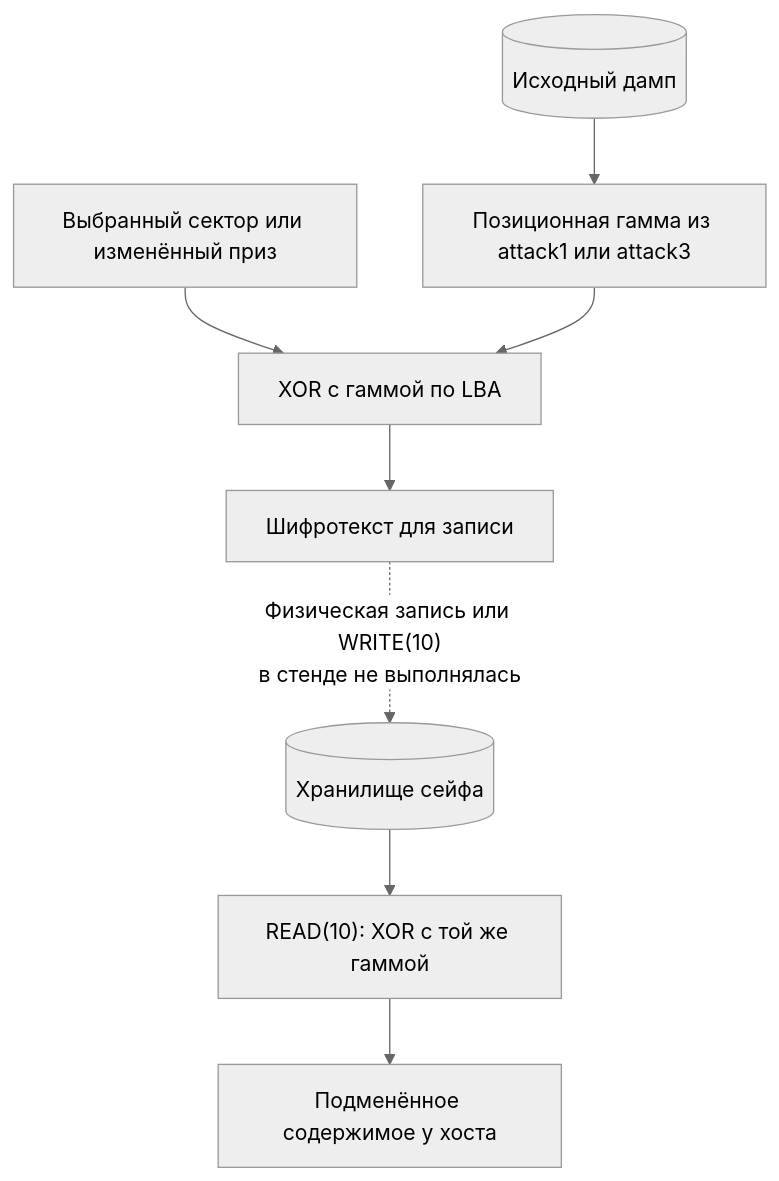
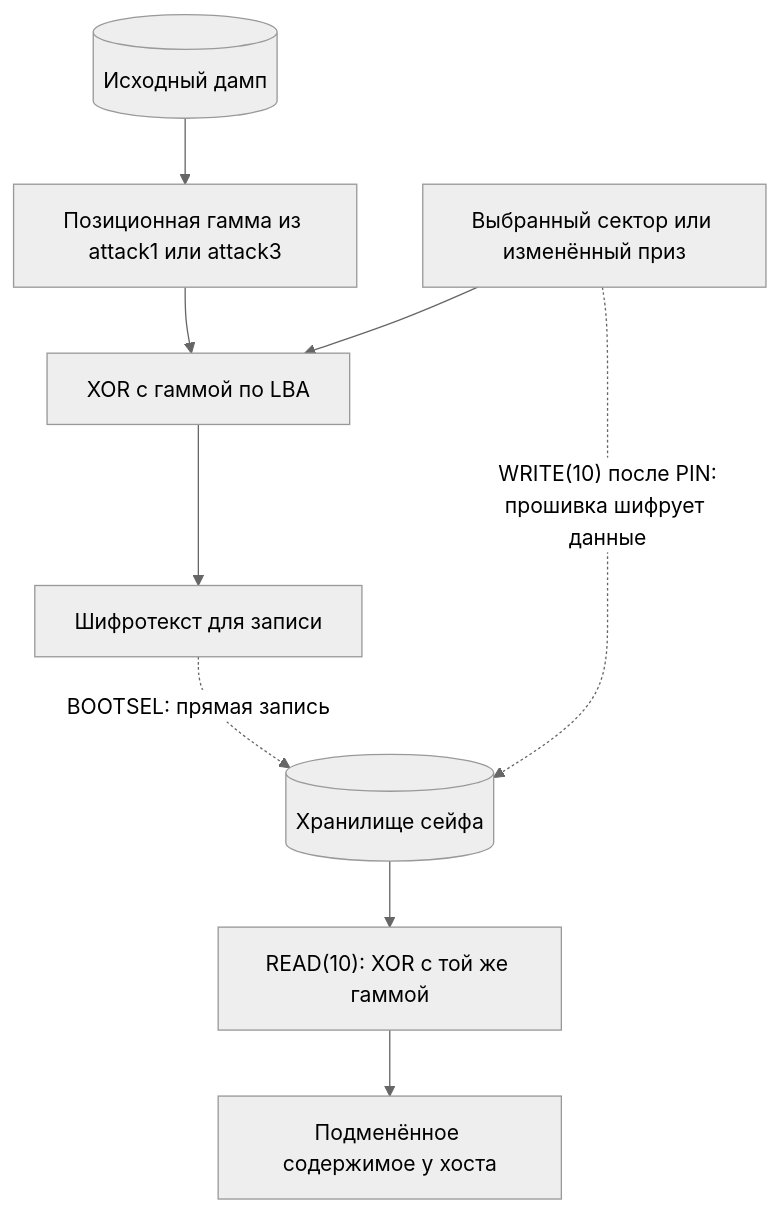
The diagram in attack2/README.md (HarisGOD1/case-12-reverse-engineering-pcb-team-3), drawn with Mermaid (neutral theme) before and after one commit. The commit also changed other lines of this file and 255 other files, not shown here.

````diff
--- a/attack2/README.md
+++ b/attack2/README.md
@@ -15,10 +20,11 @@
 ```mermaid
 flowchart TD
     dump[("Исходный дамп")] --> key["Позиционная гамма из attack1 или attack3"]
     payload["Выбранный сектор или изменённый приз"] --> encode["XOR с гаммой по LBA"]
     key --> encode
     encode --> ciphertext["Шифротекст для записи"]
-    ciphertext -.->|"Физическая запись или WRITE(10)<br/>в стенде не выполнялась"| flash[("Хранилище сейфа")]
+    ciphertext -.->|"BOOTSEL: прямая запись"| flash[("Хранилище сейфа")]
+    payload -.->|"WRITE(10) после PIN:<br/>прошивка шифрует данные"| flash
     flash --> read["READ(10): XOR с той же гаммой"]
     read --> result["Подменённое содержимое у хоста"]
 ```
````
